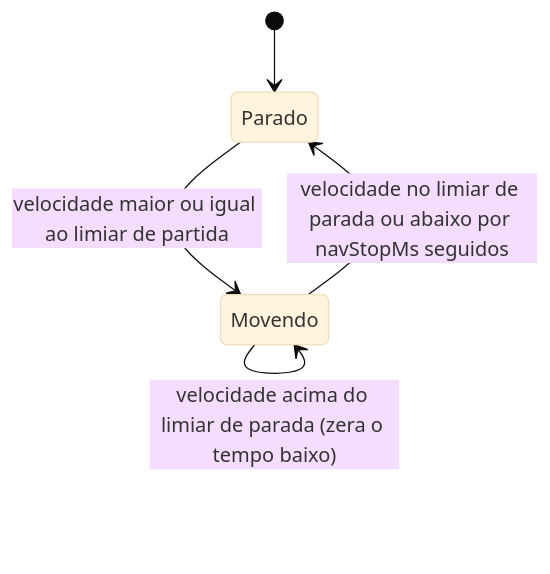
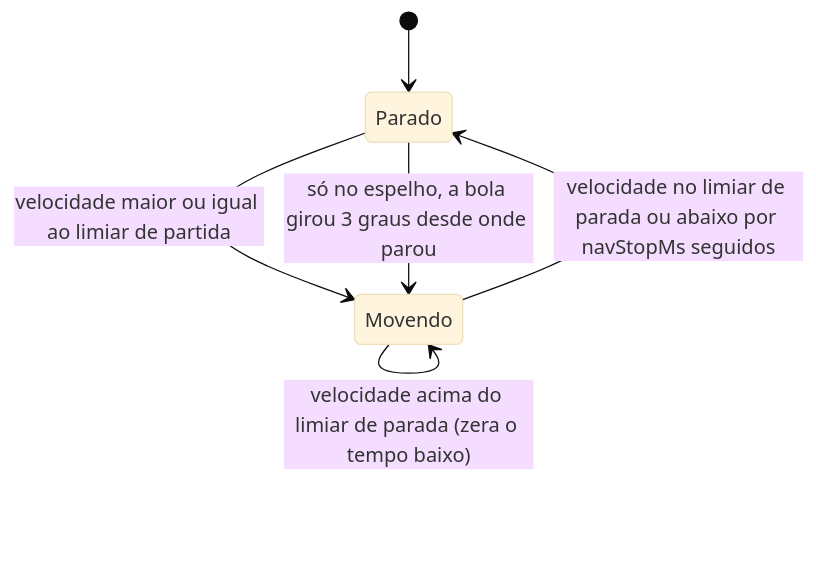
Before and after one commit to GaiaSenses/Gaiasenses-web: the second of 3 diagrams in docs/gaiaball-protocolo-ble.md, drawn with Mermaid (base theme). The commit also changed other lines of this file, not shown here.

First line of the commit message:
docs: guia do protocolo BLE descreve a janela e a deriva do espelho

````diff
--- a/docs/gaiaball-protocolo-ble.md
+++ b/docs/gaiaball-protocolo-ble.md
@@ -648,7 +654,8 @@
 ```mermaid
 stateDiagram-v2
   [*] --> Parado
   Parado --> Movendo: velocidade maior ou igual ao limiar de partida
   Movendo --> Movendo: velocidade acima do limiar de parada (zera o tempo baixo)
   Movendo --> Parado: velocidade no limiar de parada ou abaixo por navStopMs seguidos
+  Parado --> Movendo: só no espelho, a bola girou 3 graus desde onde parou
 ```
````
